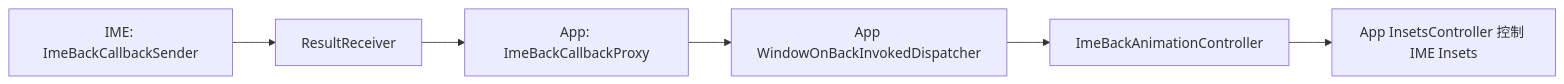
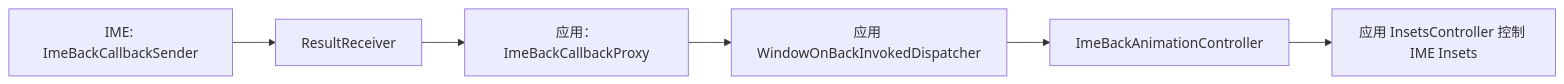
One commit to Gracker/android-internals-wiki changed the second of 2 diagrams in src/part1-fundamentals/ch03-input/12-predictive-back-system-architecture.md. Above: the diagram before and after it, drawn with Mermaid. The commit also changed other lines of this file and 4 other files, not shown here.

````diff
--- a/src/part1-fundamentals/ch03-input/12-predictive-back-system-architecture.md
+++ b/src/part1-fundamentals/ch03-input/12-predictive-back-system-architecture.md
@@ -271,8 +271,8 @@
 ```mermaid
 flowchart LR
     A["IME: ImeBackCallbackSender"] --> B["ResultReceiver"]
-    B --> C["App: ImeBackCallbackProxy"]
-    C --> D["App WindowOnBackInvokedDispatcher"]
+    B --> C["应用：ImeBackCallbackProxy"]
+    C --> D["应用 WindowOnBackInvokedDispatcher"]
     D --> E["ImeBackAnimationController"]
-    E --> F["App InsetsController 控制 IME Insets"]
+    E --> F["应用 InsetsController 控制 IME Insets"]
 ```
````
